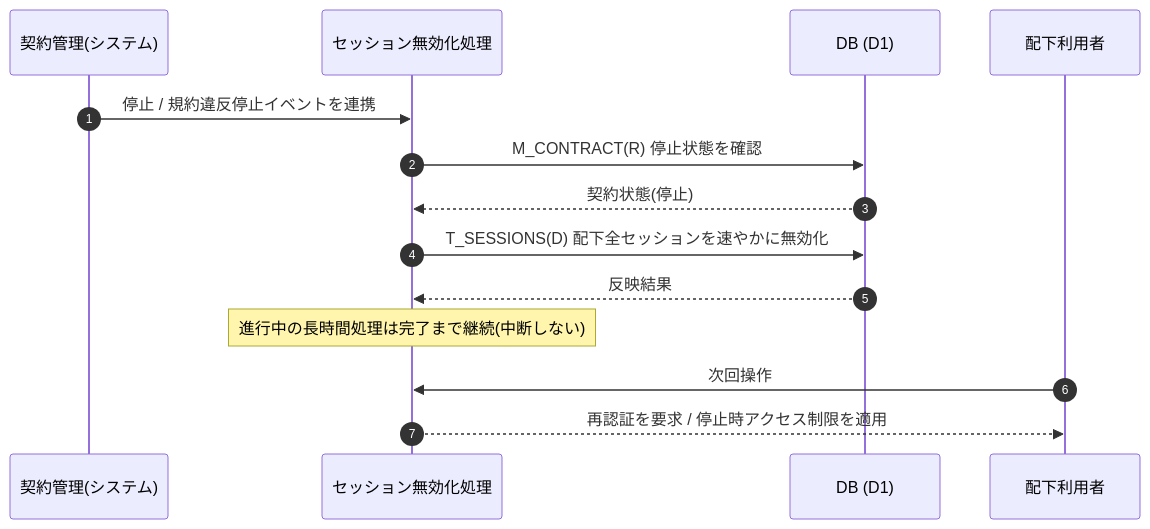
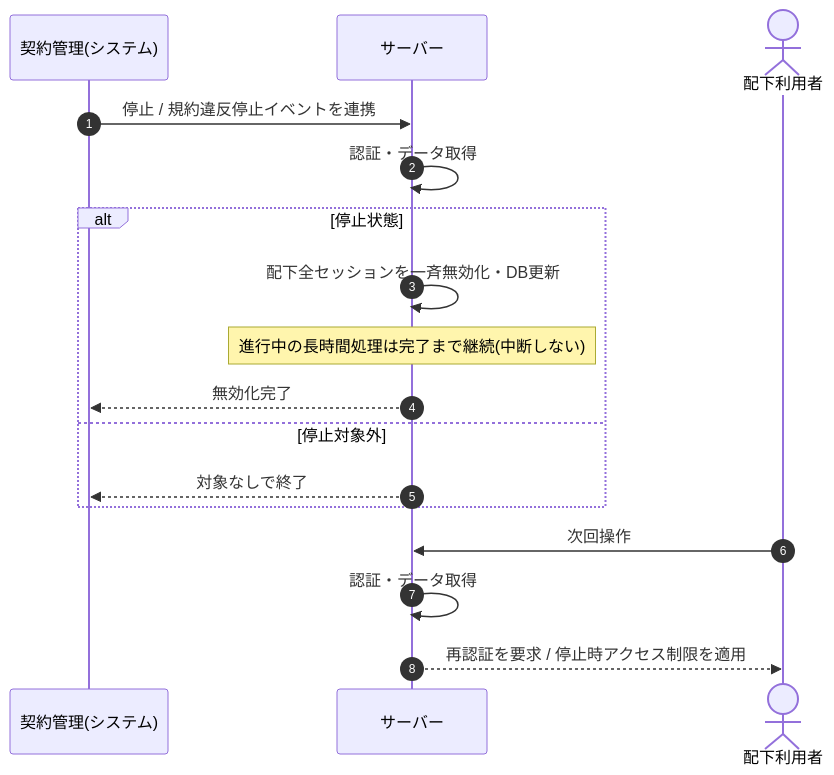
Before and after one commit to sikakou54/open-faq: the diagram in 02_basic_design/05_sequences/SEQ-104.md, drawn with Mermaid. The commit also changed other lines of this file and 108 other files, not shown here.

First line of the commit message:
基本設計: シーケンス図を基本設計粒度(ユーザー/画面/サーバー)へ再編成

````diff
--- a/02_basic_design/05_sequences/SEQ-104.md
+++ b/02_basic_design/05_sequences/SEQ-104.md
@@ -25,16 +32,19 @@
 ```mermaid
 sequenceDiagram
   autonumber
   participant OP as 契約管理(システム)
-  participant SV as セッション無効化処理
-  participant DB as DB (D1)
-  participant U as 配下利用者
-  OP->>SV: 停止 / 規約違反停止イベントを連携
-  SV->>DB: M_CONTRACT(R) 停止状態を確認
-  DB-->>SV: 契約状態(停止)
-  SV->>DB: T_SESSIONS(D) 配下全セッションを速やかに無効化
-  DB-->>SV: 反映結果
-  Note over SV: 進行中の長時間処理は完了まで継続(中断しない)
-  U->>SV: 次回操作
-  SV-->>U: 再認証を要求 / 停止時アクセス制限を適用
+  participant Server as サーバー
+  actor U as 配下利用者
+  OP->>Server: 停止 / 規約違反停止イベントを連携
+  Server->>Server: 認証・データ取得
+  alt 停止状態
+    Server->>Server: 配下全セッションを一斉無効化・DB更新
+    Note over Server: 進行中の長時間処理は完了まで継続(中断しない)
+    Server-->>OP: 無効化完了
+  else 停止対象外
+    Server-->>OP: 対象なしで終了
+  end
+  U->>Server: 次回操作
+  Server->>Server: 認証・データ取得
+  Server-->>U: 再認証を要求 / 停止時アクセス制限を適用
 ```
````
